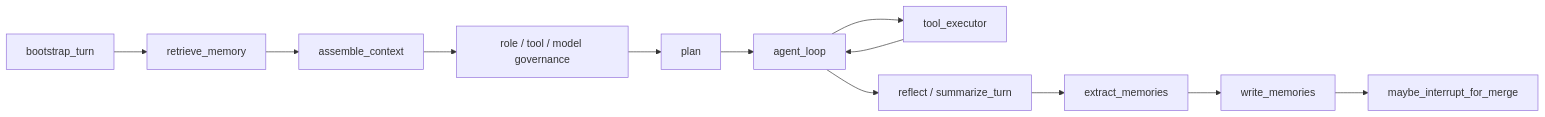
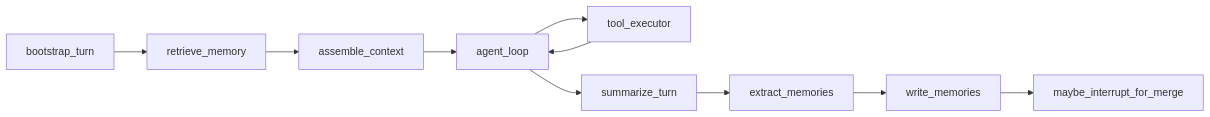
The seventh of 10 diagrams in docs/architecture.md (William-zgx/focus-agent), drawn with Mermaid before and after one commit. The commit also changed other lines of this file and 141 other files, not shown here.

````diff
--- a/docs/architecture.md
+++ b/docs/architecture.md
@@ -441,14 +434,12 @@
 ```mermaid
 flowchart LR
     Bootstrap["bootstrap_turn"] --> Retrieve["retrieve_memory"]
     Retrieve --> Assemble["assemble_context"]
-    Assemble --> Govern["role / tool / model governance"]
-    Govern --> Plan["plan"]
-    Plan --> Loop["agent_loop"]
+    Assemble --> Loop["agent_loop"]
     Loop --> Tools["tool_executor"]
     Tools --> Loop
-    Loop --> Reflect["reflect / summarize_turn"]
-    Reflect --> Extract["extract_memories"]
+    Loop --> Summarize["summarize_turn"]
+    Summarize --> Extract["extract_memories"]
     Extract --> Write["write_memories"]
     Write --> Merge["maybe_interrupt_for_merge"]
 ```
````
